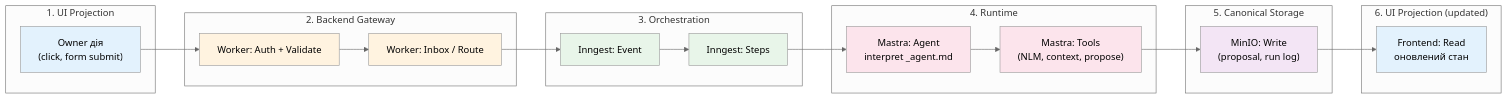
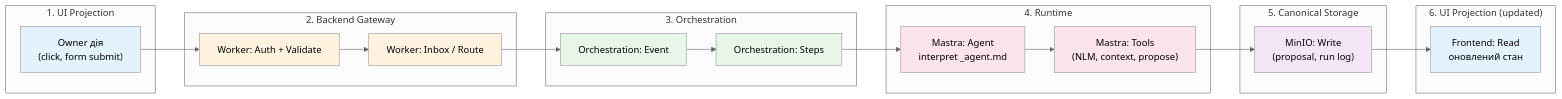
Before and after one commit to maxfraieho/garden-bloom: the third of 3 diagrams in docs/frontend/LOVABLE_УЗГОДЖЕННЯ_З_RUNTIME_АРХІТЕКТУРОЮ.md, drawn with Mermaid (neutral theme). The commit also changed other lines of this file and 29 other files, not shown here.

First line of the commit message:
docs: make runtime orchestration vendor-agnostic; remove Inngest refs from canonical docs

````diff
--- a/docs/frontend/LOVABLE_УЗГОДЖЕННЯ_З_RUNTIME_АРХІТЕКТУРОЮ.md
+++ b/docs/frontend/LOVABLE_УЗГОДЖЕННЯ_З_RUNTIME_АРХІТЕКТУРОЮ.md
@@ -377,41 +377,41 @@
 ```mermaid
 graph LR
     subgraph "1. UI Projection"
         UI_ACTION["Owner дія<br/>(click, form submit)"]
     end
 
     subgraph "2. Backend Gateway"
         W_AUTH["Worker: Auth + Validate"]
         W_INBOX["Worker: Inbox / Route"]
     end
 
     subgraph "3. Orchestration"
-        IG_EVENT["Inngest: Event"]
-        IG_STEPS["Inngest: Steps"]
+        OL_EVENT["Orchestration: Event"]
+        OL_STEPS["Orchestration: Steps"]
     end
 
     subgraph "4. Runtime"
         MA_AGENT["Mastra: Agent<br/>interpret _agent.md"]
         MA_TOOLS["Mastra: Tools<br/>(NLM, context, propose)"]
     end
 
     subgraph "5. Canonical Storage"
         S3_WRITE["MinIO: Write<br/>(proposal, run log)"]
     end
 
     subgraph "6. UI Projection (updated)"
         UI_READ["Frontend: Read<br/>оновлений стан"]
     end
 
-    UI_ACTION --> W_AUTH --> W_INBOX --> IG_EVENT --> IG_STEPS --> MA_AGENT --> MA_TOOLS --> S3_WRITE --> UI_READ
+    UI_ACTION --> W_AUTH --> W_INBOX --> OL_EVENT --> OL_STEPS --> MA_AGENT --> MA_TOOLS --> S3_WRITE --> UI_READ
 
     style UI_ACTION fill:#e3f2fd
     style UI_READ fill:#e3f2fd
     style W_AUTH fill:#fff3e0
     style W_INBOX fill:#fff3e0
-    style IG_EVENT fill:#e8f5e9
-    style IG_STEPS fill:#e8f5e9
+    style OL_EVENT fill:#e8f5e9
+    style OL_STEPS fill:#e8f5e9
     style MA_AGENT fill:#fce4ec
     style MA_TOOLS fill:#fce4ec
     style S3_WRITE fill:#f3e5f5
 ```
````
